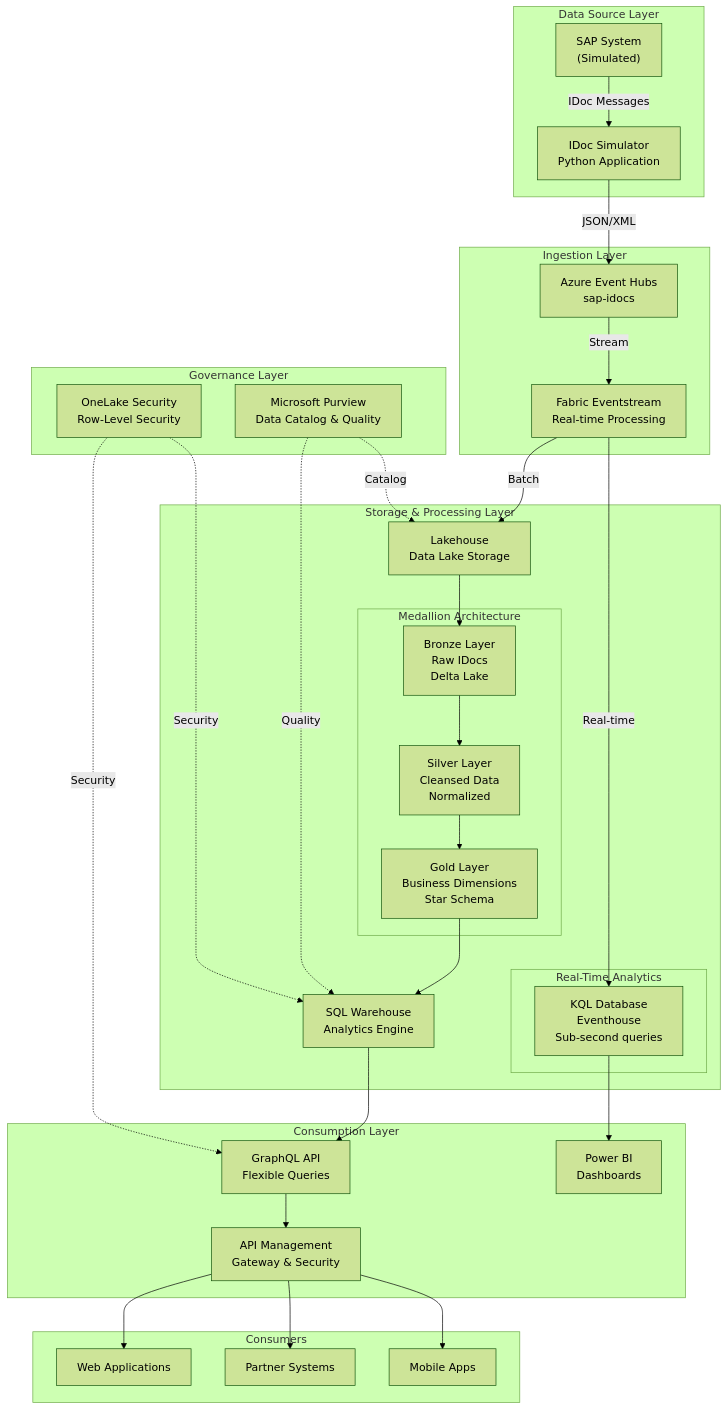
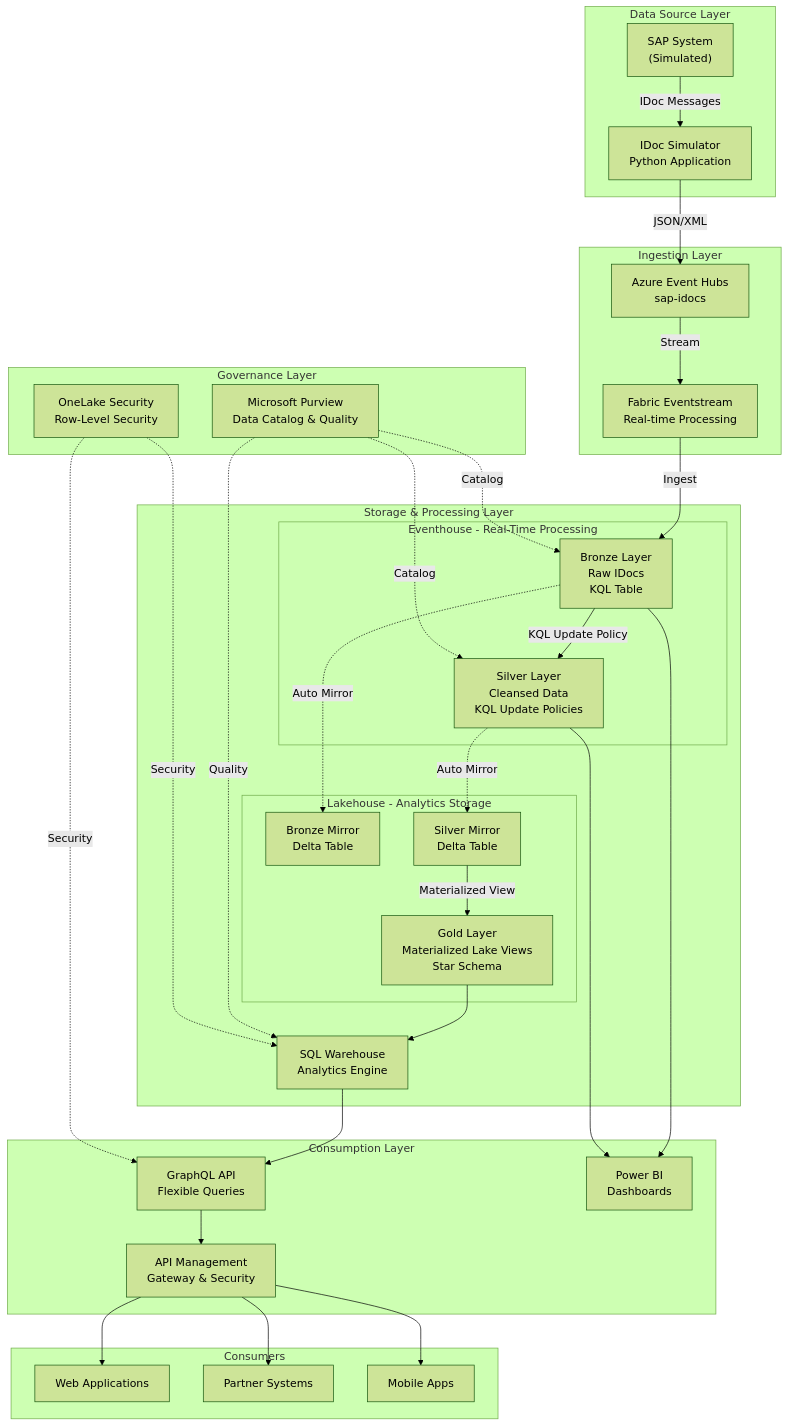
One commit to flthibau/Fabric-SAP-Idocs changed the diagram in workshop/docs/architecture.md. Above: the diagram before and after it, drawn with Mermaid (forest theme). The commit also changed other lines of this file and 1 other file, not shown here.

Commit message:
Update medallion architecture to reflect Eventhouse-based flow with KQL update policies

````diff
--- a/workshop/docs/architecture.md
+++ b/workshop/docs/architecture.md
@@ -309,71 +318,74 @@
 ```mermaid
 graph TB
     subgraph "Data Source Layer"
         SAP["SAP System<br/>(Simulated)"]
         SIM["IDoc Simulator<br/>Python Application"]
     end
     
     subgraph "Ingestion Layer"
         EH["Azure Event Hubs<br/>sap-idocs"]
         ES["Fabric Eventstream<br/>Real-time Processing"]
     end
     
     subgraph "Storage & Processing Layer"
-        subgraph "Real-Time Analytics"
-            KQL["KQL Database<br/>Eventhouse<br/>Sub-second queries"]
+        subgraph "Eventhouse - Real-Time Processing"
+            BRONZE_EH["Bronze Layer<br/>Raw IDocs<br/>KQL Table"]
+            SILVER_EH["Silver Layer<br/>Cleansed Data<br/>KQL Update Policies"]
         end
         
-        subgraph "Medallion Architecture"
-            BRONZE["Bronze Layer<br/>Raw IDocs<br/>Delta Lake"]
-            SILVER["Silver Layer<br/>Cleansed Data<br/>Normalized"]
-            GOLD["Gold Layer<br/>Business Dimensions<br/>Star Schema"]
+        subgraph "Lakehouse - Analytics Storage"
+            BRONZE_LH["Bronze Mirror<br/>Delta Table"]
+            SILVER_LH["Silver Mirror<br/>Delta Table"]
+            GOLD["Gold Layer<br/>Materialized Lake Views<br/>Star Schema"]
         end
         
-        LH["Lakehouse<br/>Data Lake Storage"]
         WH["SQL Warehouse<br/>Analytics Engine"]
     end
     
     subgraph "Consumption Layer"
         GQL["GraphQL API<br/>Flexible Queries"]
         APIM["API Management<br/>Gateway & Security"]
         PBI["Power BI<br/>Dashboards"]
     end
     
     subgraph "Governance Layer"
         PV["Microsoft Purview<br/>Data Catalog & Quality"]
         RLS["OneLake Security<br/>Row-Level Security"]
     end
     
     subgraph "Consumers"
         WEBAPP["Web Applications"]
         PARTNERS["Partner Systems"]
         MOBILE["Mobile Apps"]
     end
     
     %% Data Flow
     SAP -->|IDoc Messages| SIM
     SIM -->|JSON/XML| EH
     EH -->|Stream| ES
     
-    ES -->|Real-time| KQL
-    ES -->|Batch| LH
+    ES -->|Ingest| BRONZE_EH
+    BRONZE_EH -->|KQL Update Policy| SILVER_EH
     
-    LH --> BRONZE
-    BRONZE --> SILVER
-    SILVER --> GOLD
+    BRONZE_EH -.->|Auto Mirror| BRONZE_LH
+    SILVER_EH -.->|Auto Mirror| SILVER_LH
+    
+    SILVER_LH -->|Materialized View| GOLD
     GOLD --> WH
     
-    KQL --> PBI
+    BRONZE_EH --> PBI
+    SILVER_EH --> PBI
     WH --> GQL
     GQL --> APIM
     
     APIM --> WEBAPP
     APIM --> PARTNERS
     APIM --> MOBILE
     
     %% Governance
-    PV -.->|Catalog| LH
+    PV -.->|Catalog| BRONZE_EH
+    PV -.->|Catalog| SILVER_EH
     PV -.->|Quality| WH
     RLS -.->|Security| WH
     RLS -.->|Security| GQL
 ```
````
